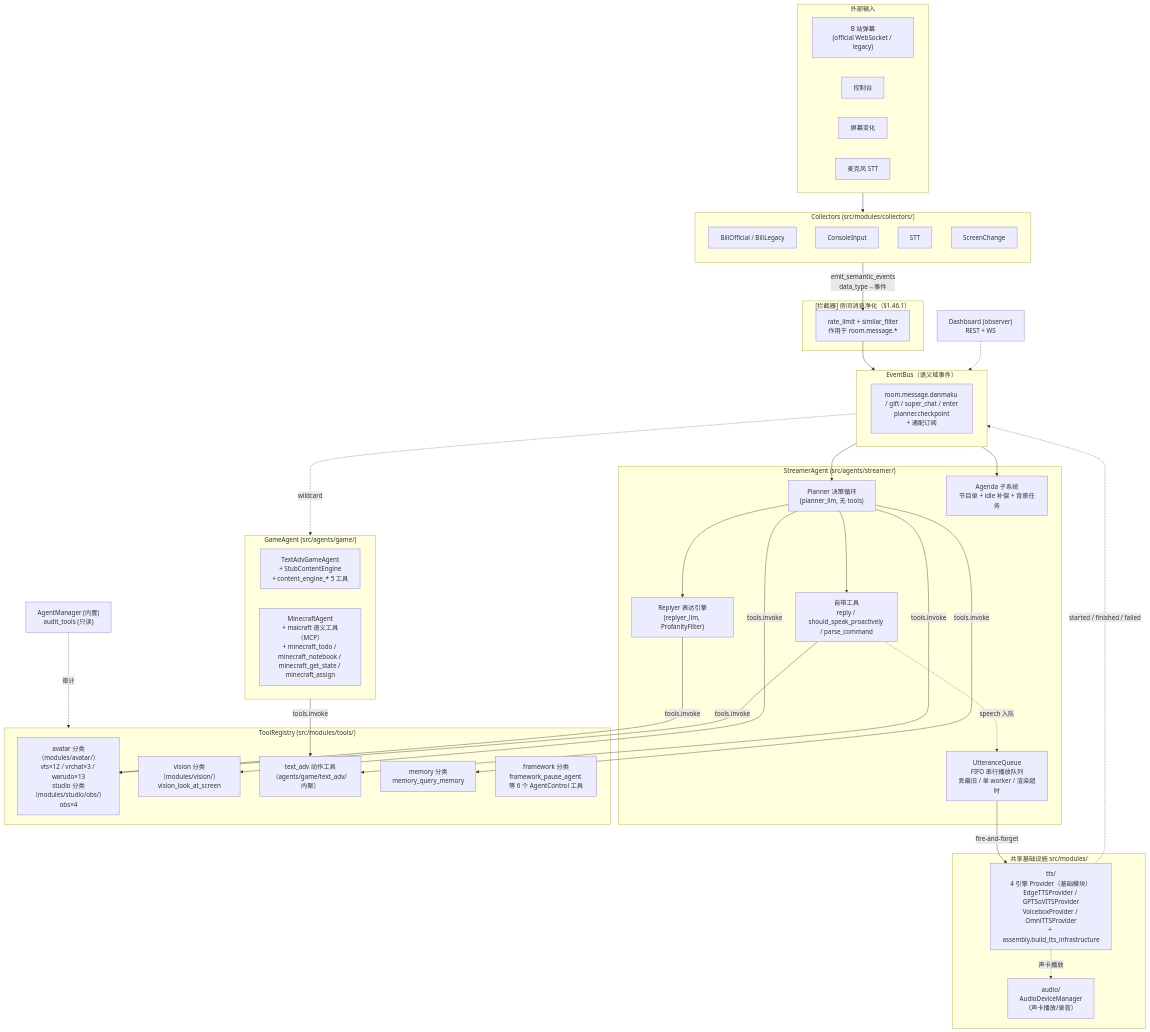
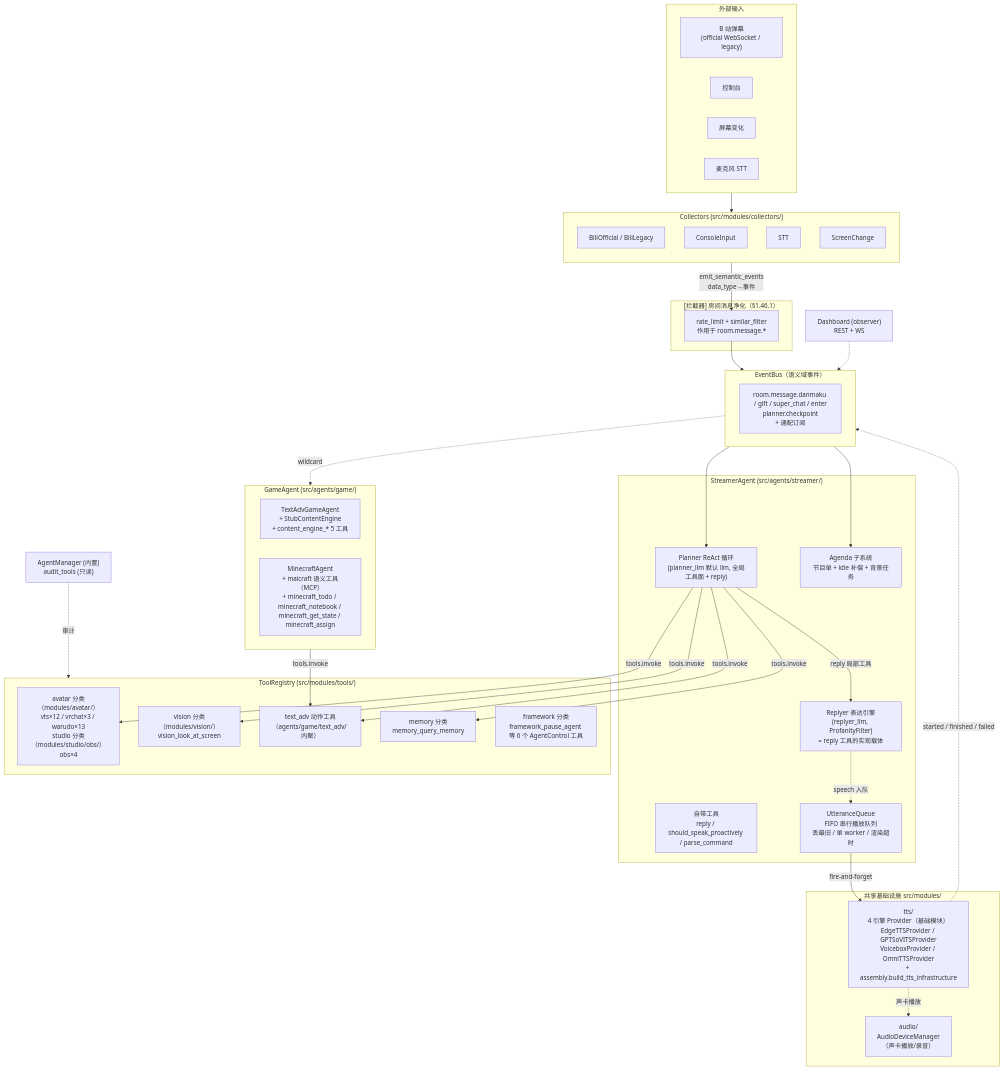
The first of 3 diagrams in docs/architecture/overview.md (Mai-with-u/Amaidesu), drawn with Mermaid before and after one commit. The commit also changed other lines of this file and 24 other files, not shown here.

First line of the commit message:
feat(streamer): 主播 Agent 决策链 ReAct 化 + LLM 工具调用链修复

````diff
--- a/docs/architecture/overview.md
+++ b/docs/architecture/overview.md
@@ -11,72 +12,70 @@
 ```mermaid
 flowchart TB
     subgraph Ext["外部输入"]
         Bili["B 站弹幕<br/>(official WebSocket / legacy)"]
         Cons["控制台"]
         Screen["屏幕变化"]
         Mic["麦克风 STT"]
     end
 
     subgraph Collectors["Collectors (src/modules/collectors/)"]
         direction TB
         CBili["BiliOfficial / BiliLegacy"]
         CCons["ConsoleInput"]
         CMic["STT"]
         CScreen["ScreenChange"]
     end
 
     subgraph Interceptors["[拦截器] 房间消息净化（§1.46.1）"]
         INT["rate_limit + similar_filter<br/>作用于 room.message.*"]
     end
 
     subgraph Bus["EventBus（语义域事件）"]
         EB["room.message.danmaku / gift / super_chat / enter<br/>planner.checkpoint<br/>+ 通配订阅"]
     end
 
     subgraph Streamer["StreamerAgent (src/agents/streamer/)"]
-        Planner["Planner 决策循环<br/>(planner_llm, 无 tools)"]
-        Reply["Replyer 表达引擎<br/>(replyer_llm, ProfanityFilter)"]
+        Planner["Planner ReAct 循环<br/>(planner_llm 默认 llm, 全局工具面 + reply)"]
+        Reply["Replyer 表达引擎<br/>(replyer_llm, ProfanityFilter)<br/>= reply 工具的实现载体"]
         Agenda["Agenda 子系统<br/>节目单 + idle 补偿 + 背景任务"]
         Tools["自带工具<br/>reply / should_speak_proactively / parse_command"]
         UQ["UtteranceQueue<br/>FIFO 串行播放队列<br/>丢最旧 / 单 worker / 渲染超时"]
     end
 
     subgraph Game["GameAgent (src/agents/game/)"]
         TextAdv["TextAdvGameAgent<br/>+ StubContentEngine<br/>+ content_engine_* 5 工具"]
         MC["MinecraftAgent<br/>+ maicraft 语义工具（MCP）<br/>+ minecraft_todo / minecraft_notebook / minecraft_get_state / minecraft_assign"]
     end
 
     subgraph Registry["ToolRegistry (src/modules/tools/)"]
         Out["avatar 分类（modules/avatar/）<br/>vts×12 / vrchat×3 / warudo×13<br/>studio 分类（modules/studio/obs/）obs×4"]
         Per["vision 分类（modules/vision/）<br/>vision_look_at_screen"]
         CE["text_adv 动作工具<br/>（agents/game/text_adv/ 内聚）"]
         Mem["memory 分类<br/>memory_query_memory"]
         Ctrl["framework 分类<br/>framework_pause_agent 等 6 个 AgentControl 工具"]
     end
 
     subgraph InFra["共享基础设施 src/modules/"]
         TTS["tts/<br/>4 引擎 Provider（基础模块）<br/>EdgeTTSProvider / GPTSoVITSProvider<br/>VoiceboxProvider / OmniTTSProvider<br/>+ assembly.build_tts_infrastructure"]
         Audio["audio/<br/>AudioDeviceManager<br/>（声卡播放/录音）"]
     end
 
     Ext --> Collectors
     Collectors -->|"emit_semantic_events<br/>data_type→事件"| INT
     INT --> Bus
     Bus --> Planner
     Bus --> Agenda
-    Planner --> Reply
-    Planner --> Tools
-    Reply -->|tools.invoke| Out
-    Tools -->|tools.invoke| Out
+    Planner -->|reply 局部工具| Reply
+    Planner -->|tools.invoke| Out
     Planner -->|tools.invoke| CE
     Planner -->|tools.invoke| Per
     Planner -->|tools.invoke| Mem
     Bus -.->|wildcard| Game
     Game -->|tools.invoke| CE
-    Tools -.->|speech 入队| UQ
+    Reply -.->|speech 入队| UQ
     UQ -->|fire-and-forget| TTS
     TTS -.->|started / finished / failed| Bus
     TTS -.->|声卡播放| Audio
     Manager["AgentManager (内置)<br/>audit_tools (只读)"] -.->|审计| Registry
     Dashboard["Dashboard (observer)<br/>REST + WS"] -.-> Bus
 ```
````
